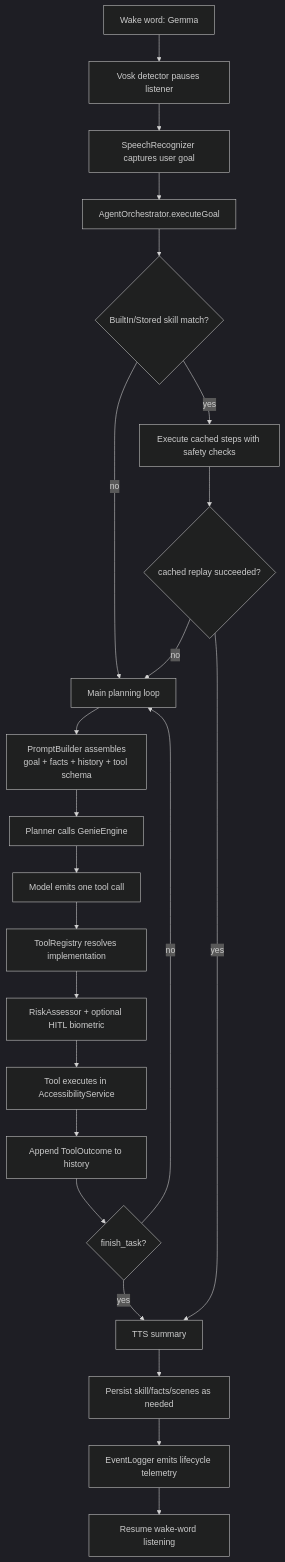
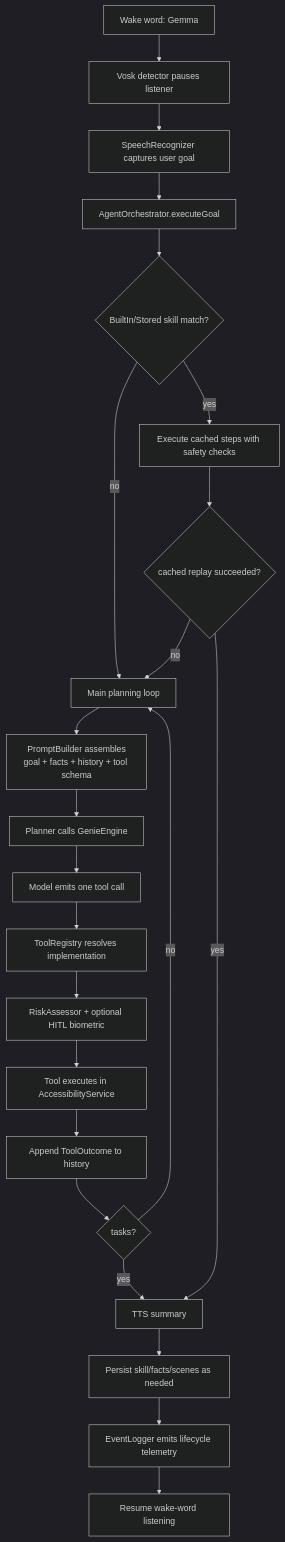
Before and after one commit to Akeem1955/Genie: the eighth of 8 diagrams in Readme.md, drawn with Mermaid (dark theme). The commit also changed other lines of this file and 27 other files, not shown here.

````diff
--- a/Readme.md
+++ b/Readme.md
@@ -699,29 +699,29 @@
 ```mermaid
 flowchart TD
     A[Wake word: Gemma] --> B[Vosk detector pauses listener]
     B --> C[SpeechRecognizer captures user goal]
     C --> D[AgentOrchestrator.executeGoal]
 
     D --> E{BuiltIn/Stored skill match?}
     E -->|yes| F[Execute cached steps with safety checks]
     E -->|no| G[Main planning loop]
 
     G --> H[PromptBuilder assembles\ngoal + facts + history + tool schema]
     H --> I[Planner calls GenieEngine]
     I --> J[Model emits one tool call]
     J --> K[ToolRegistry resolves implementation]
     K --> L[RiskAssessor + optional HITL biometric]
     L --> M[Tool executes in AccessibilityService]
     M --> N[Append ToolOutcome to history]
-    N --> O{finish_task?}
+    N --> O{tasks?}
     O -->|no| G
     O -->|yes| P[TTS summary]
 
     F --> Q{cached replay succeeded?}
     Q -->|no| G
     Q -->|yes| P
 
     P --> R[Persist skill/facts/scenes as needed]
     R --> S[EventLogger emits lifecycle telemetry]
     S --> T[Resume wake-word listening]
 ```
````
